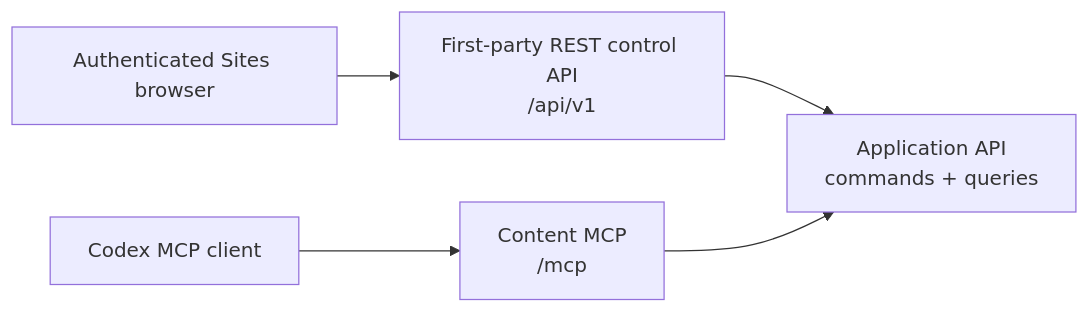
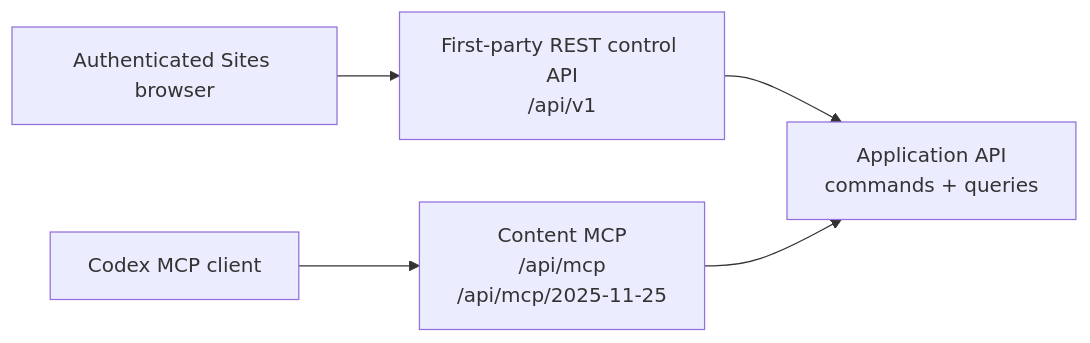
One commit to xxsrez/MindDiary changed the diagram in docs/specs/api.md. Above: the diagram before and after it, drawn with Mermaid. The commit also changed other lines of this file and 23 other files, not shown here.

````diff
--- a/docs/specs/api.md
+++ b/docs/specs/api.md
@@ -13,11 +14,11 @@
 ```mermaid
 flowchart LR
     Browser["Authenticated Sites browser"]
     Agent["Codex MCP client"]
     Rest["First-party REST control API\n/api/v1"]
-    Mcp["Content MCP\n/mcp"]
+    Mcp["Content MCP\n/api/mcp\n/api/mcp/2025-11-25"]
     Core["Application API\ncommands + queries"]
 
     Browser --> Rest --> Core
     Agent --> Mcp --> Core
 ```
````
